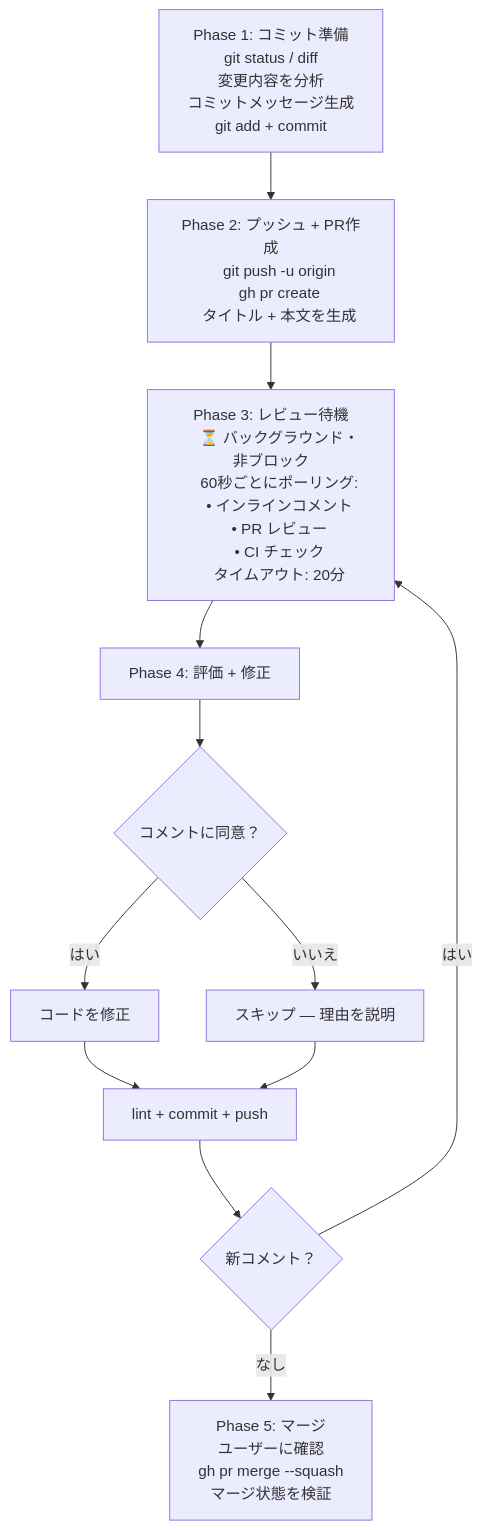
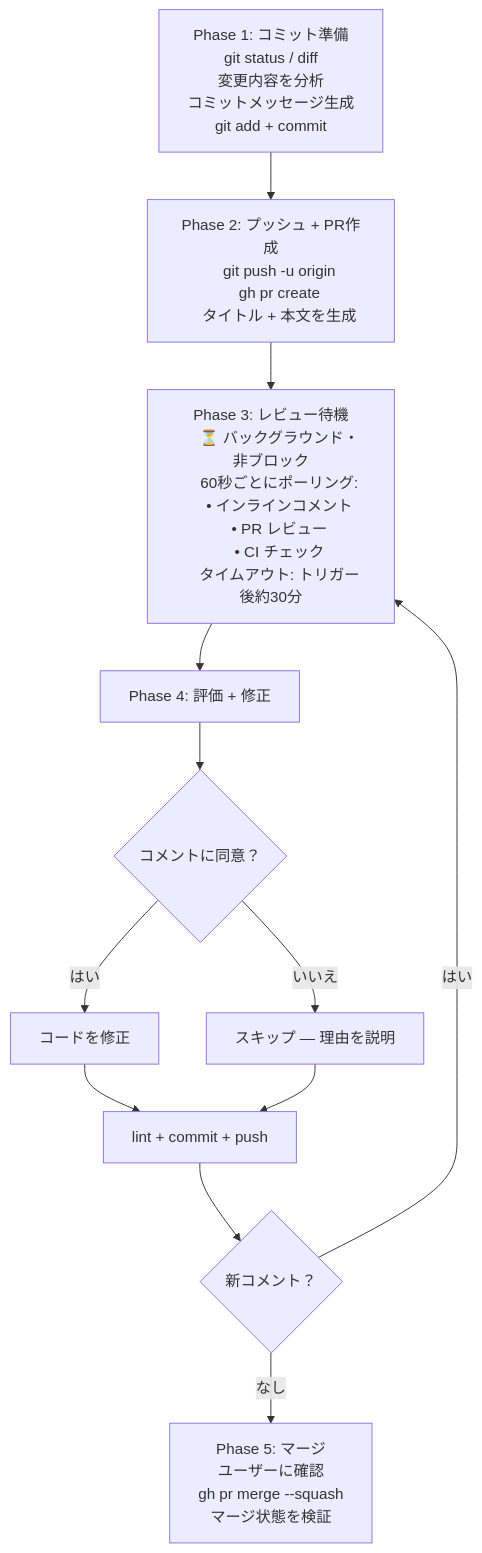
Before and after one commit to zytakeshi/create-pr-codex-review: the second of 2 diagrams in README.ja.md, drawn with Mermaid. The commit also changed other lines of this file and 2 other files, not shown here.

Commit message:
docs(create-pr): align review polling docs

````diff
--- a/README.ja.md
+++ b/README.ja.md
@@ -78,34 +78,34 @@
 ```mermaid
 flowchart TD
     A["Phase 1: コミット準備
     git status / diff
     変更内容を分析
     コミットメッセージ生成
     git add + commit"] --> B
 
     B["Phase 2: プッシュ + PR作成
     git push -u origin
     gh pr create
     タイトル + 本文を生成"] --> C
 
     C["Phase 3: レビュー待機
     ⏳ バックグラウンド・非ブロック
     60秒ごとにポーリング:
     • インラインコメント
     • PR レビュー
     • CI チェック
-    タイムアウト: 20分"] --> D
+    タイムアウト: トリガー後約30分"] --> D
 
     D["Phase 4: 評価 + 修正"] --> E{コメントに同意？}
     E -->|はい| F[コードを修正]
     E -->|いいえ| G[スキップ — 理由を説明]
     F --> H[lint + commit + push]
     G --> H
 
     H --> I{新コメント？}
     I -->|はい| C
     I -->|なし| J["Phase 5: マージ
     ユーザーに確認
     gh pr merge --squash
     マージ状態を検証"]
 ```
````
